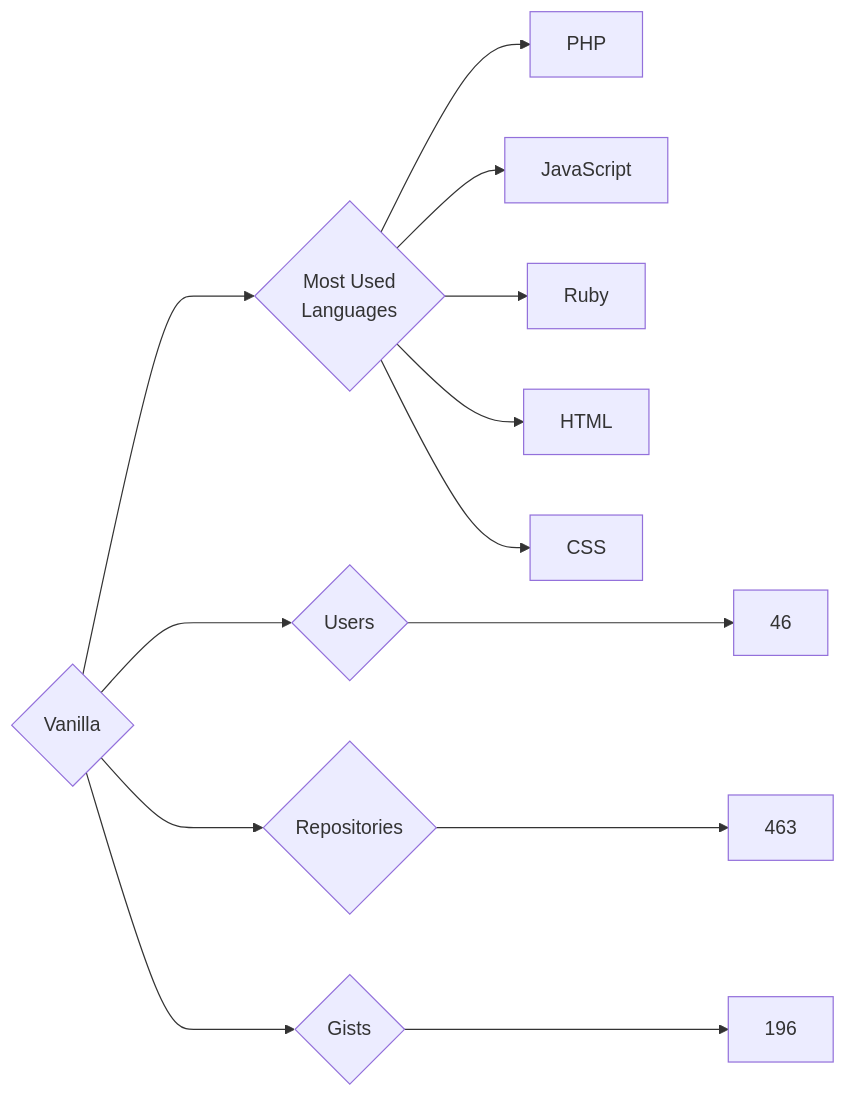
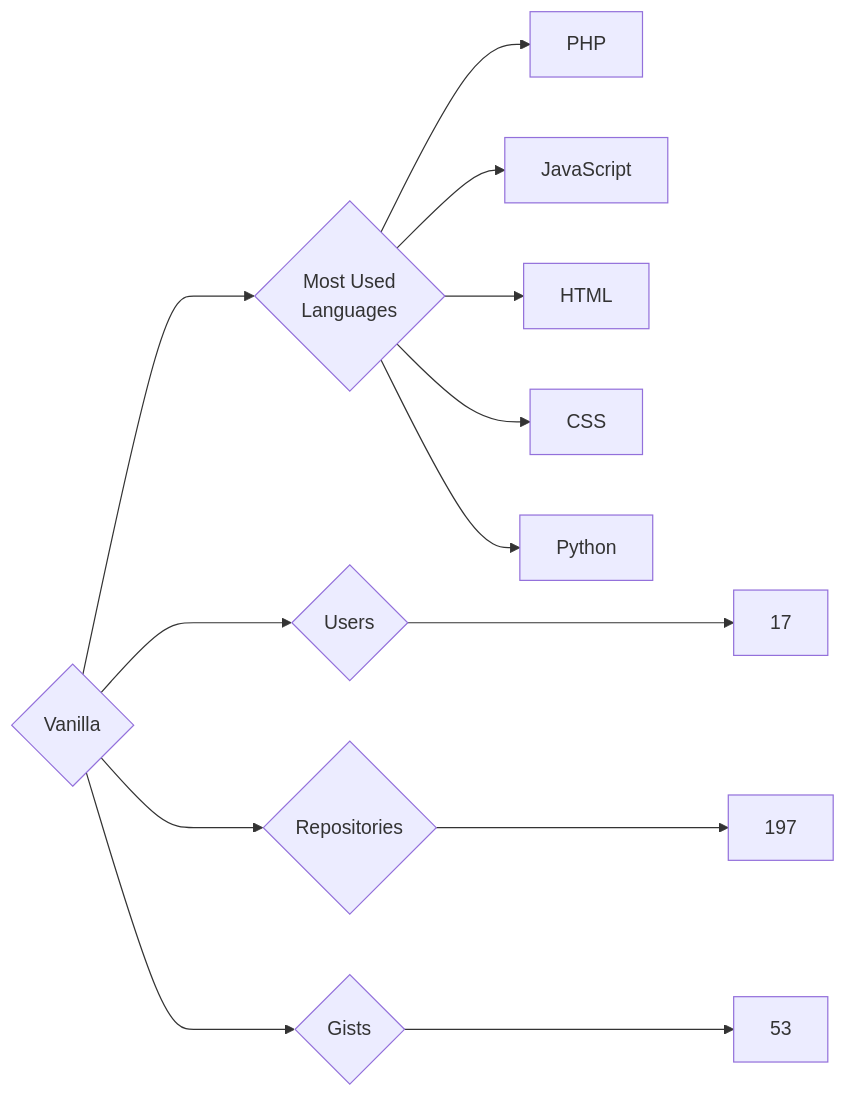
Before and after one commit to trickest/insiders: the diagram in targets/Vanilla/README.md, drawn with Mermaid. The commit also changed 814 other files, not shown here.

````diff
--- a/targets/Vanilla/README.md
+++ b/targets/Vanilla/README.md
@@ -3,13 +3,13 @@
 ```mermaid
 graph LR
 COMPANY_NAME{Vanilla}
-COMPANY_NAME ---> U{Users} ---> UN[46]
-COMPANY_NAME ---> R{Repositories} ---> RN[463]
-COMPANY_NAME ---> G{Gists} ---> GN[196]
+COMPANY_NAME ---> U{Users} ---> UN[17]
+COMPANY_NAME ---> R{Repositories} ---> RN[197]
+COMPANY_NAME ---> G{Gists} ---> GN[53]
 COMPANY_NAME ---> ML{Most Used<br>Languages}
 ML --> PHP[PHP]
 ML --> JavaScript[JavaScript]
-ML --> Ruby[Ruby]
 ML --> HTML[HTML]
 ML --> CSS[CSS]
+ML --> Python[Python]
 ```
````
